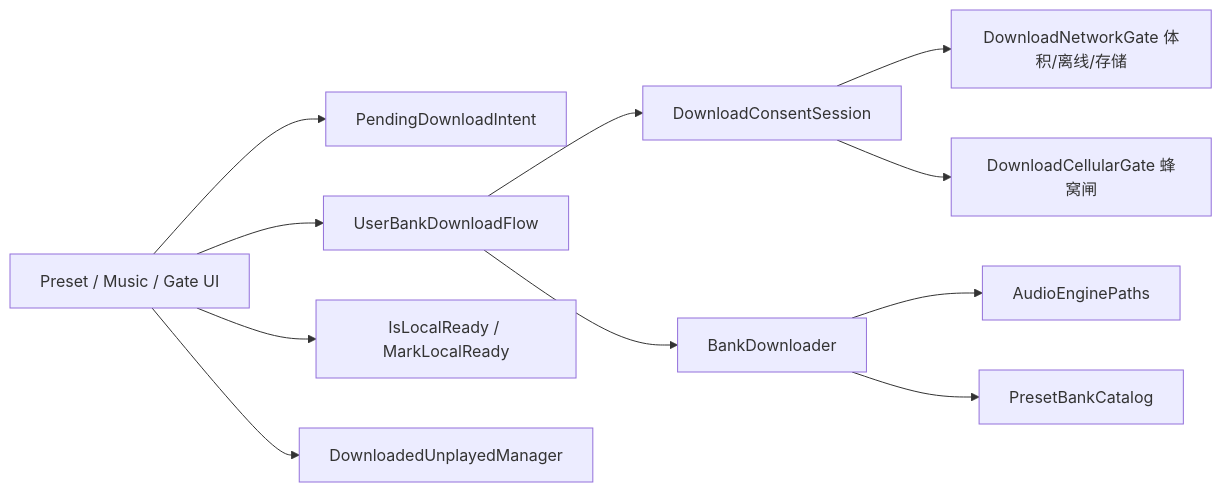
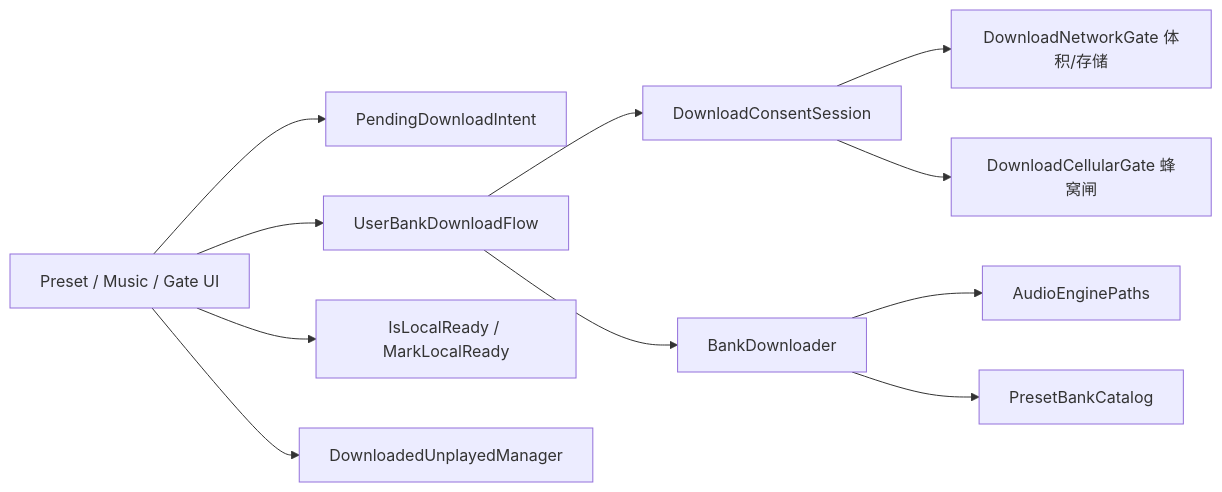
Before and after one commit to sika0819/CustomSRP: the second of 12 diagrams in Assets/GameMain/Docs/13-bank-download.md, drawn with Mermaid. The commit also changed other lines of this file and 266 other files, not shown here.

First line of the commit message:
feat(island): harden playback, grass bake, and bank flow

````diff
--- a/Assets/GameMain/Docs/13-bank-download.md
+++ b/Assets/GameMain/Docs/13-bank-download.md
@@ -59,13 +59,13 @@
 ```mermaid
 flowchart LR
   UI[Preset / Music / Gate UI] --> Intent[PendingDownloadIntent]
   UI --> Flow[UserBankDownloadFlow]
   Flow --> Consent[DownloadConsentSession]
-  Consent --> Net[DownloadNetworkGate 体积/离线/存储]
+  Consent --> Net[DownloadNetworkGate 体积/存储]
   Consent --> Cell[DownloadCellularGate 蜂窝闸]
   Flow --> DL[BankDownloader]
   DL --> Paths[AudioEnginePaths]
   DL --> Cat[PresetBankCatalog]
   UI --> Ready[IsLocalReady / MarkLocalReady]
   UI --> Red[DownloadedUnplayedManager]
 ```
````
